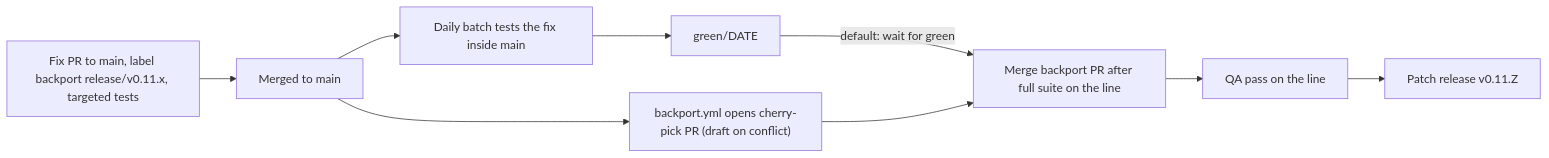
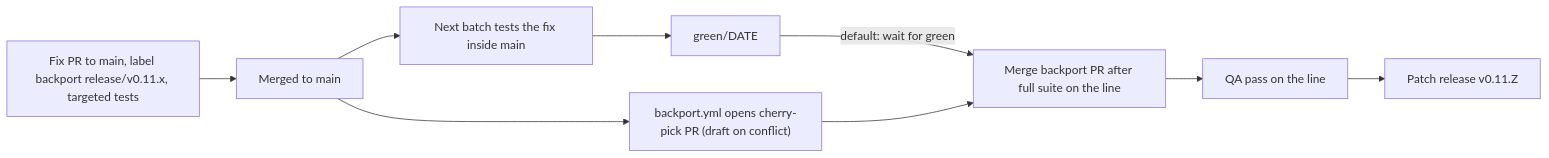
The seventh of 10 diagrams in .ai/specs/2026-11-25-batch-merge-and-green-tag-release-process.md (open-mercato/open-mercato), drawn with Mermaid before and after one commit. The commit also changed other lines of this file and 11 other files, not shown here.

````diff
--- a/.ai/specs/2026-11-25-batch-merge-and-green-tag-release-process.md
+++ b/.ai/specs/2026-11-25-batch-merge-and-green-tag-release-process.md
@@ -375,11 +375,11 @@
 ```mermaid
 flowchart LR
   F["Fix PR to main, label backport release/v0.11.x, targeted tests"] --> M["Merged to main"]
   M --> B["backport.yml opens cherry-pick PR (draft on conflict)"]
-  M --> C["Daily batch tests the fix inside main"]
+  M --> C["Next batch tests the fix inside main"]
   C --> G["green/DATE"]
   G -->|"default: wait for green"| BM["Merge backport PR after full suite on the line"]
   B --> BM
   BM --> Q["QA pass on the line"]
   Q --> P["Patch release v0.11.Z"]
 ```
````
